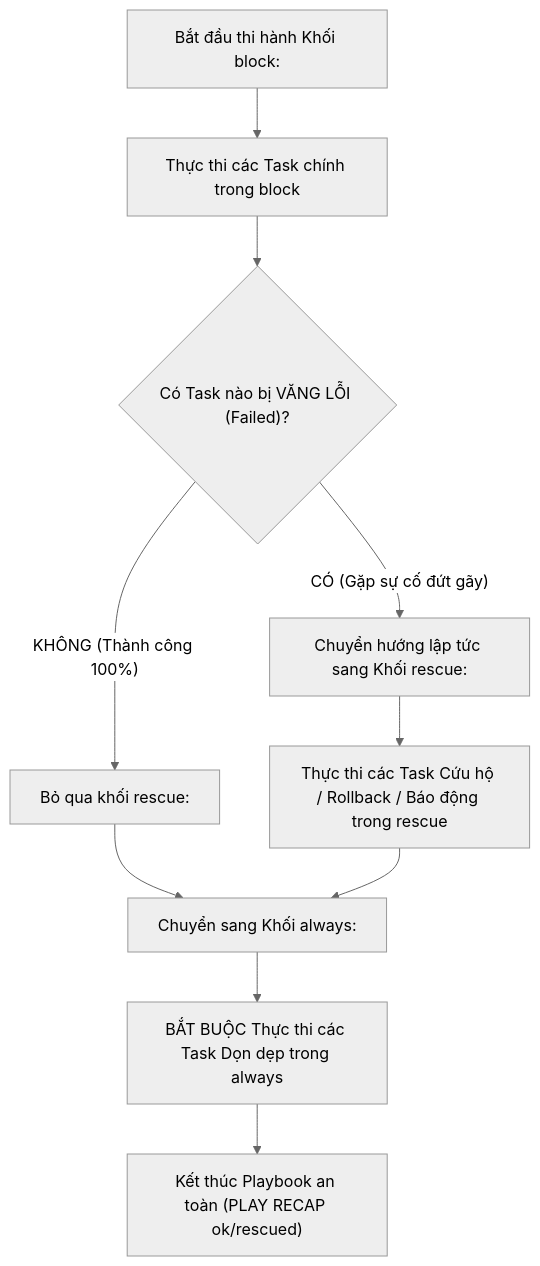
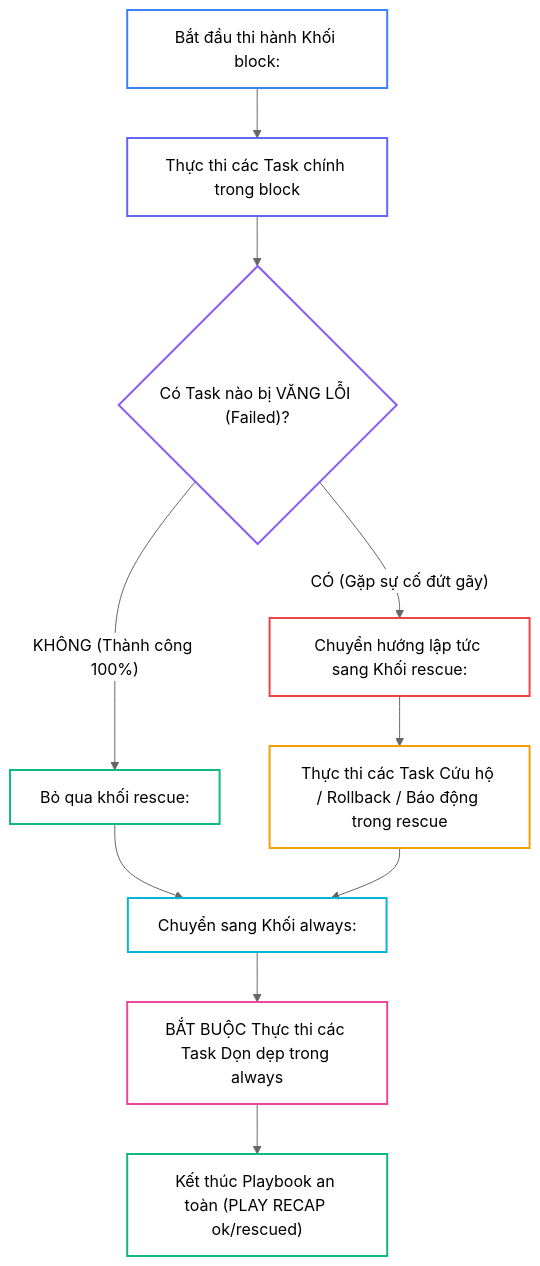
Before and after one commit to kiennt308/ntk: the first of 3 diagrams in _posts/2026-09-13-ansible-13-13-blocks-error-handling.md, drawn with Mermaid (neutral theme). The commit also changed other lines of this file and 30 other files, not shown here.

````diff
--- a/_posts/2026-09-13-ansible-13-13-blocks-error-handling.md
+++ b/_posts/2026-09-13-ansible-13-13-blocks-error-handling.md
@@ -82,16 +82,26 @@
 ```mermaid
 graph TD
     A["Bắt đầu thi hành Khối block:"] --> B["Thực thi các Task chính trong block"]
     B --> C{"Có Task nào bị VĂNG LỖI (Failed)?"}
     
-    C -- "KHÔNG (Thành công 100%)" --> D["Bỏ qua khối rescue:"]
-    C -- "CÓ (Gặp sự cố đứt gãy)" --> E["Chuyển hướng lập tức sang Khối rescue:"]
+    C -->|"KHÔNG (Thành công 100%)"| D["Bỏ qua khối rescue:"]
+    C -->|"CÓ (Gặp sự cố đứt gãy)"| E["Chuyển hướng lập tức sang Khối rescue:"]
     
     E --> F["Thực thi các Task Cứu hộ / Rollback / Báo động trong rescue"]
     
     D --> G["Chuyển sang Khối always:"]
     F --> G
     
     G --> H["BẮT BUỘC Thực thi các Task Dọn dẹp trong always"]
     H --> I["Kết thúc Playbook an toàn (PLAY RECAP ok/rescued)"]
+
+    style A fill:none,stroke:#3b82f6,stroke-width:2px
+    style B fill:none,stroke:#6366f1,stroke-width:2px
+    style C fill:none,stroke:#8b5cf6,stroke-width:2px
+    style D fill:none,stroke:#10b981,stroke-width:2px
+    style E fill:none,stroke:#ef4444,stroke-width:2px
+    style F fill:none,stroke:#f59e0b,stroke-width:2px
+    style G fill:none,stroke:#06b6d4,stroke-width:2px
+    style H fill:none,stroke:#ec4899,stroke-width:2px
+    style I fill:none,stroke:#10b981,stroke-width:2px
 ```
````
